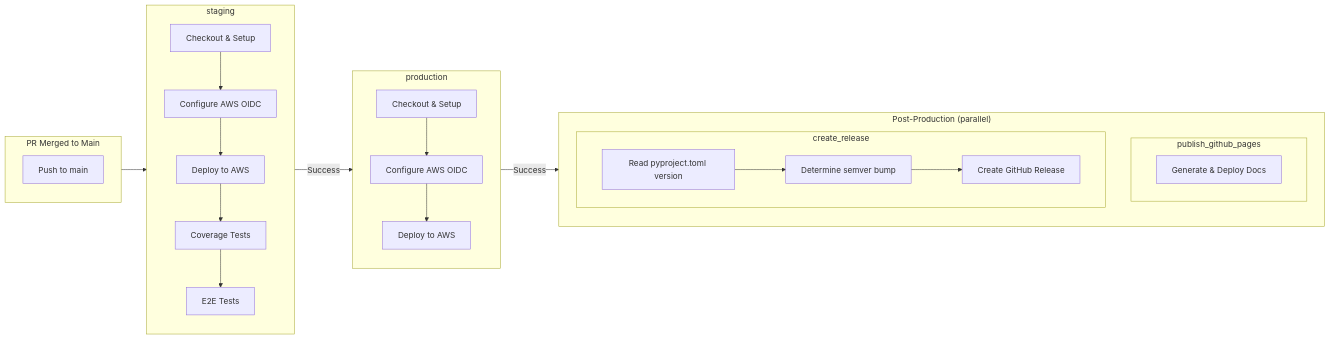
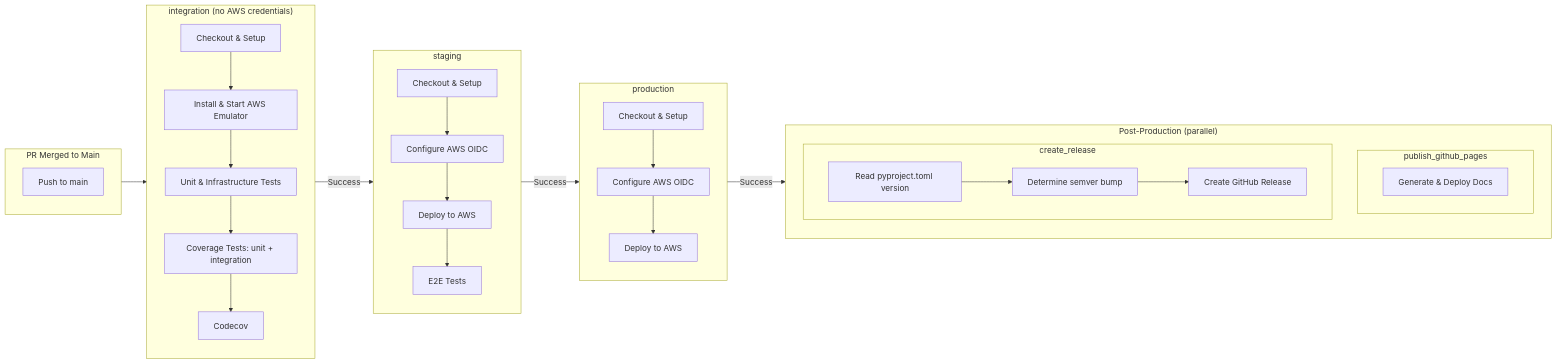
Before and after one commit to ran-isenberg/aws-lambda-handler-cookbook: the second of 2 diagrams in docs/pipeline.md, drawn with Mermaid. The commit also changed other lines of this file and 36 other files, not shown here.

First line of the commit message:
feature: run integration tests against AWS Emulator (#1082)

````diff
--- a/docs/pipeline.md
+++ b/docs/pipeline.md
@@ -109,37 +119,45 @@
 ```mermaid
 flowchart LR
     subgraph Trigger["PR Merged to Main"]
         direction TB
         A[Push to main]
     end
 
+    subgraph Integration["integration (no AWS credentials)"]
+        direction TB
+        I1[Checkout & Setup] --> I2[Install & Start AWS Emulator]
+        I2 --> I3[Unit & Infrastructure Tests]
+        I3 --> I4[Coverage Tests: unit + integration]
+        I4 --> I5[Codecov]
+    end
+
     subgraph Staging["staging"]
         direction TB
         S1[Checkout & Setup] --> S2[Configure AWS OIDC]
         S2 --> S3[Deploy to AWS]
-        S3 --> S4[Coverage Tests]
-        S4 --> S5[E2E Tests]
+        S3 --> S4[E2E Tests]
     end
 
     subgraph Production["production"]
         direction TB
         P1[Checkout & Setup] --> P2[Configure AWS OIDC]
         P2 --> P3[Deploy to AWS]
     end
 
     subgraph Parallel["Post-Production (parallel)"]
         direction TB
         subgraph Docs["publish_github_pages"]
             D1[Generate & Deploy Docs]
         end
         subgraph Release["create_release"]
             R1[Read pyproject.toml version]
             R1 --> R2[Determine semver bump]
             R2 --> R3[Create GitHub Release]
         end
     end
 
-    Trigger --> Staging
+    Trigger --> Integration
+    Integration -->|Success| Staging
     Staging -->|Success| Production
     Production -->|Success| Parallel
 ```
````
